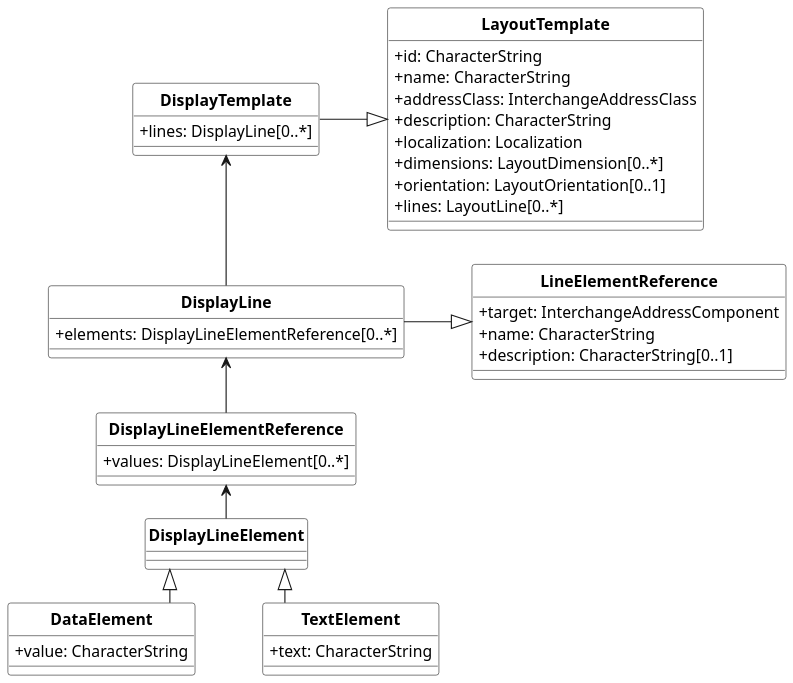
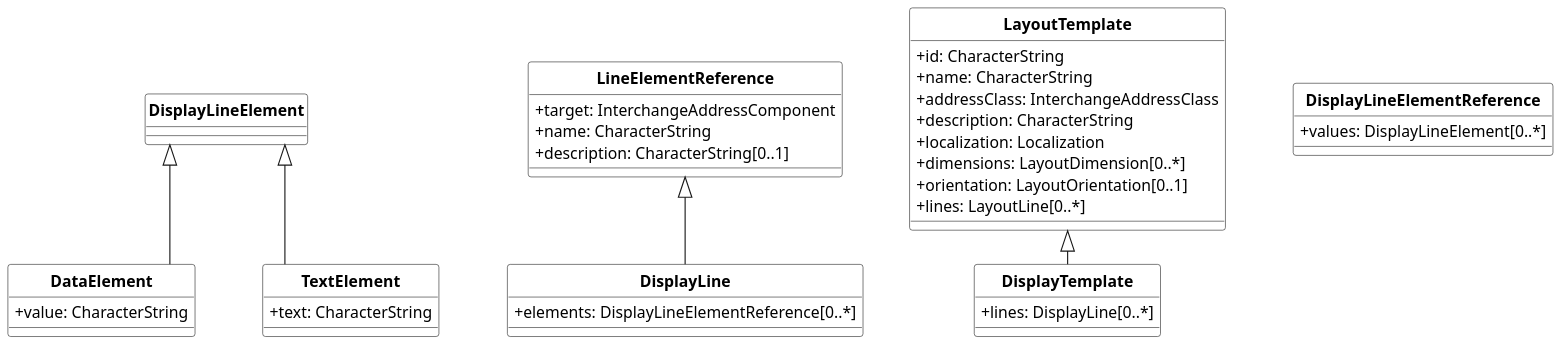
One commit to CalConnect/csd-digital-addresses changed the diagram in models/DisplayTemplate.wsd. Above: the diagram before and after it, drawn with PlantUML. The commit also changed 6 other files, not shown here.

```diff
--- a/models/DisplayTemplate.wsd
+++ b/models/DisplayTemplate.wsd
@@ -1,105 +1,102 @@
 @startuml DisplayTemplate
 /'
 Diagram:        DisplayTemplate
 DateCreate:     03/05/2019
 Description:
 
 Hystory of changes:
 > DD/MM/YYYY
     -
     -
 '/
 
 '******* CONFIGURATION ************************************************
 skinparam classAttributeIconSize 0
 skinparam Dpi 150
 skinparam Monochrome true
 skinparam LineType ortho
 skinparam nodesep 60
 skinparam ranksep 30
 hide circle
 /' skinparam CircledCharacterRadius 0 '/
 /' skinparam CircledCharacterFontSize 0 '/
 skinparam Default {
 TextAlignment center
 FontName Helvetica
 }
 skinparam Class {
 AttributeIconSize 0
 BackgroundColor White
 FontStyle bold
 StereotypeFontSize 10
 }
 skinparam Rectangle {
 BackgroundColor White
 FontStyle bold
 FontSize 11
 StereotypeFontSize 10
 }
 skinparam Object {
 BackgroundColor White
 FontStyle bold
 FontSize 11
 StereotypeFontSize 10
 }
 
 skinparam Entity {
 StereotypeFontSize 10
 }
 
 '******* CLASS DEFINITION *********************************************
 class DisplayTemplate {
     +lines: DisplayLine[0..*]
 }
 
 class LayoutTemplate {
     +id: CharacterString
     +name: CharacterString
     +addressClass: InterchangeAddressClass
     +description: CharacterString
     +localization: Localization
     +dimensions: LayoutDimension[0..*]
     +orientation: LayoutOrientation[0..1]
     +lines: LayoutLine[0..*]
 }
 
 class DisplayLine {
     +elements: DisplayLineElementReference[0..*]
 }
 
 class LineElementReference {
     +target: InterchangeAddressComponent
     +name: CharacterString
     +description: CharacterString[0..1]
 }
 
 class DisplayLineElementReference {
     +values: DisplayLineElement[0..*]
 }
 
 class DisplayLineElement{
 
 }
 
 class DataElement{
     +value: CharacterString
 }
 
 class TextElement{
     +text: CharacterString
 }
 
 '******* NOTES ********************************************************
 
 
 '******* CLASS RELATIONS **********************************************
 
-DisplayTemplate -right-|> LayoutTemplate
-DisplayLine -up-> DisplayTemplate
-DisplayLine -right-|> LineElementReference
-DisplayLineElementReference -up-> DisplayLine
-DisplayLineElement -up-> DisplayLineElementReference
+DisplayTemplate -up-|> LayoutTemplate
+DisplayLine -up-|> LineElementReference
 TextElement -up-|> DisplayLineElement
 DataElement -up-|> DisplayLineElement
 
 @enduml
```
